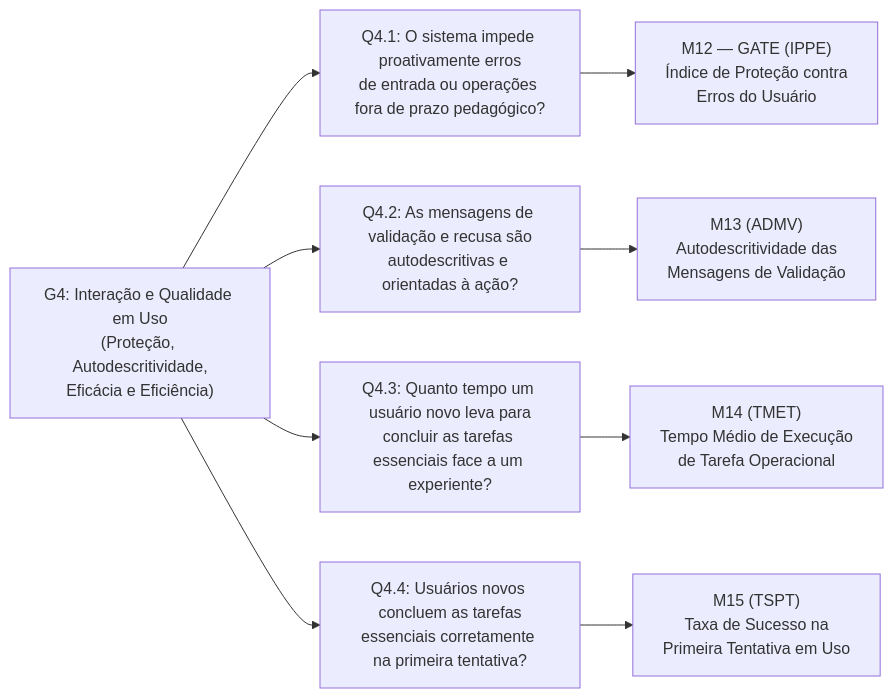
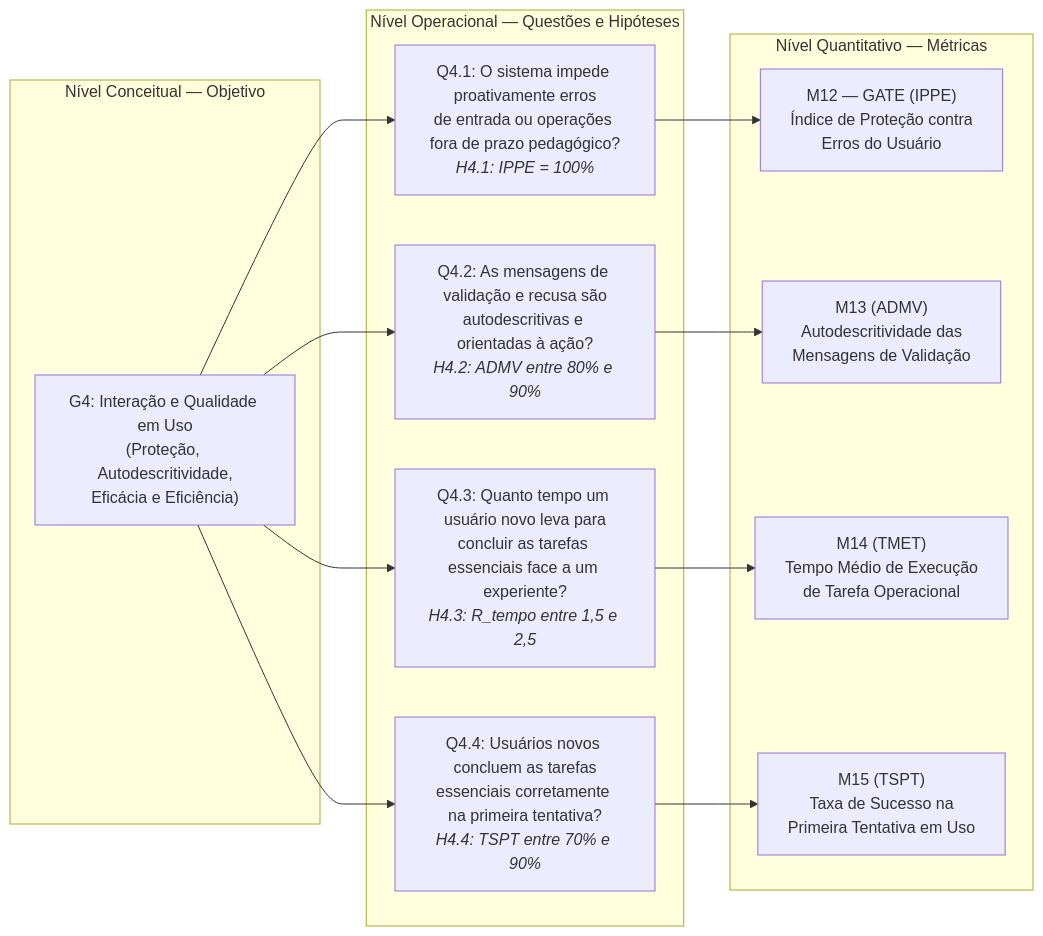
One commit to FCTE-Qualidade-de-Software-1/2026-2_T02_GRACE_HOPPER changed the fifth of 5 diagrams in docs/gqm_evaluation_framework.md. Above: the diagram before and after it, drawn with Mermaid. The commit also changed other lines of this file and 1 other file, not shown here.

````diff
--- a/docs/gqm_evaluation_framework.md
+++ b/docs/gqm_evaluation_framework.md
@@ -223,19 +229,25 @@
 ```mermaid
 flowchart LR
-    G4["G4: Interação e Qualidade em Uso<br/>(Proteção, Autodescritividade,<br/>Eficácia e Eficiência)"]
+    subgraph NC4["Nível Conceitual — Objetivo"]
+        G4["G4: Interação e Qualidade em Uso<br/>(Proteção, Autodescritividade,<br/>Eficácia e Eficiência)"]
+    end
 
-    Q41["Q4.1: O sistema impede proativamente erros<br/>de entrada ou operações fora de prazo pedagógico?"]
-    Q42["Q4.2: As mensagens de validação e recusa são<br/>autodescritivas e orientadas à ação?"]
-    Q43["Q4.3: Quanto tempo um usuário novo leva para<br/>concluir as tarefas essenciais face a um experiente?"]
-    Q44["Q4.4: Usuários novos concluem as tarefas<br/>essenciais corretamente na primeira tentativa?"]
+    subgraph NO4["Nível Operacional — Questões e Hipóteses"]
+        Q41["Q4.1: O sistema impede proativamente erros<br/>de entrada ou operações fora de prazo pedagógico?<br/><i>H4.1: IPPE = 100%</i>"]
+        Q42["Q4.2: As mensagens de validação e recusa são<br/>autodescritivas e orientadas à ação?<br/><i>H4.2: ADMV entre 80% e 90%</i>"]
+        Q43["Q4.3: Quanto tempo um usuário novo leva para<br/>concluir as tarefas essenciais face a um experiente?<br/><i>H4.3: R_tempo entre 1,5 e 2,5</i>"]
+        Q44["Q4.4: Usuários novos concluem as tarefas<br/>essenciais corretamente na primeira tentativa?<br/><i>H4.4: TSPT entre 70% e 90%</i>"]
+    end
 
-    M12["M12 — GATE (IPPE)<br/>Índice de Proteção contra<br/>Erros do Usuário"]
-    M13["M13 (ADMV)<br/>Autodescritividade das<br/>Mensagens de Validação"]
-    M14["M14 (TMET)<br/>Tempo Médio de Execução<br/>de Tarefa Operacional"]
-    M15["M15 (TSPT)<br/>Taxa de Sucesso na<br/>Primeira Tentativa em Uso"]
+    subgraph NQ4["Nível Quantitativo — Métricas"]
+        M12["M12 — GATE (IPPE)<br/>Índice de Proteção contra<br/>Erros do Usuário"]
+        M13["M13 (ADMV)<br/>Autodescritividade das<br/>Mensagens de Validação"]
+        M14["M14 (TMET)<br/>Tempo Médio de Execução<br/>de Tarefa Operacional"]
+        M15["M15 (TSPT)<br/>Taxa de Sucesso na<br/>Primeira Tentativa em Uso"]
+    end
 
     G4 --> Q41 --> M12
     G4 --> Q42 --> M13
     G4 --> Q43 --> M14
     G4 --> Q44 --> M15
 ```
````
